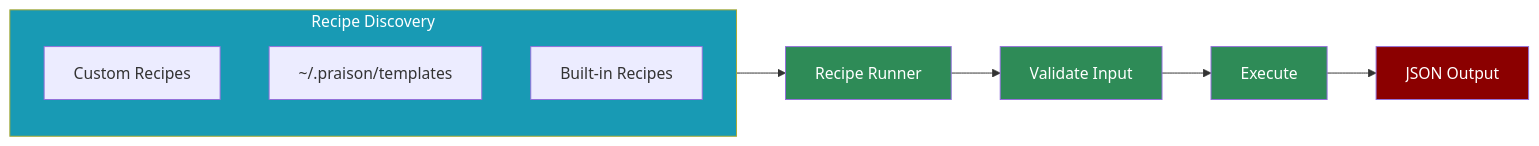
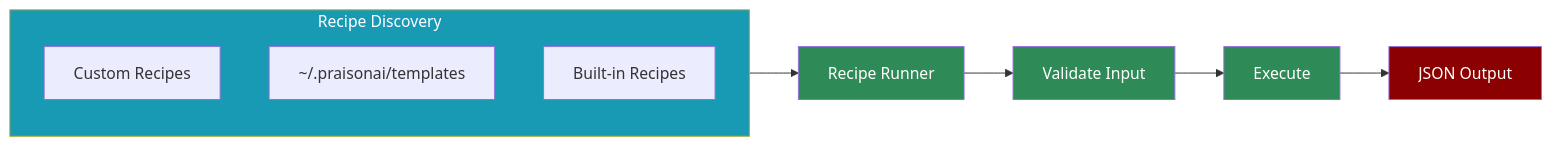
The third of 17 diagrams in docs/developers/reference-home.mdx (MervinPraison/PraisonAIDocs), drawn with Mermaid before and after one commit. The commit also changed 80 other files, not shown here.

````diff
--- a/docs/developers/reference-home.mdx
+++ b/docs/developers/reference-home.mdx
@@ -361,19 +361,19 @@
 ```mermaid
 flowchart LR
     subgraph Discovery[Recipe Discovery]
         Custom[Custom Recipes]
-        Local[~/.praison/templates]
+        Local[~/.praisonai/templates]
         Builtin[Built-in Recipes]
     end
     
     Discovery --> Runner[Recipe Runner]
     Runner --> Validate[Validate Input]
     Validate --> Execute[Execute]
     Execute --> Output[JSON Output]
     
     style Discovery fill:#189AB4,color:#fff
     style Runner fill:#2E8B57,color:#fff
     style Validate fill:#2E8B57,color:#fff
     style Execute fill:#2E8B57,color:#fff
     style Output fill:#8B0000,color:#fff
 ```
````
